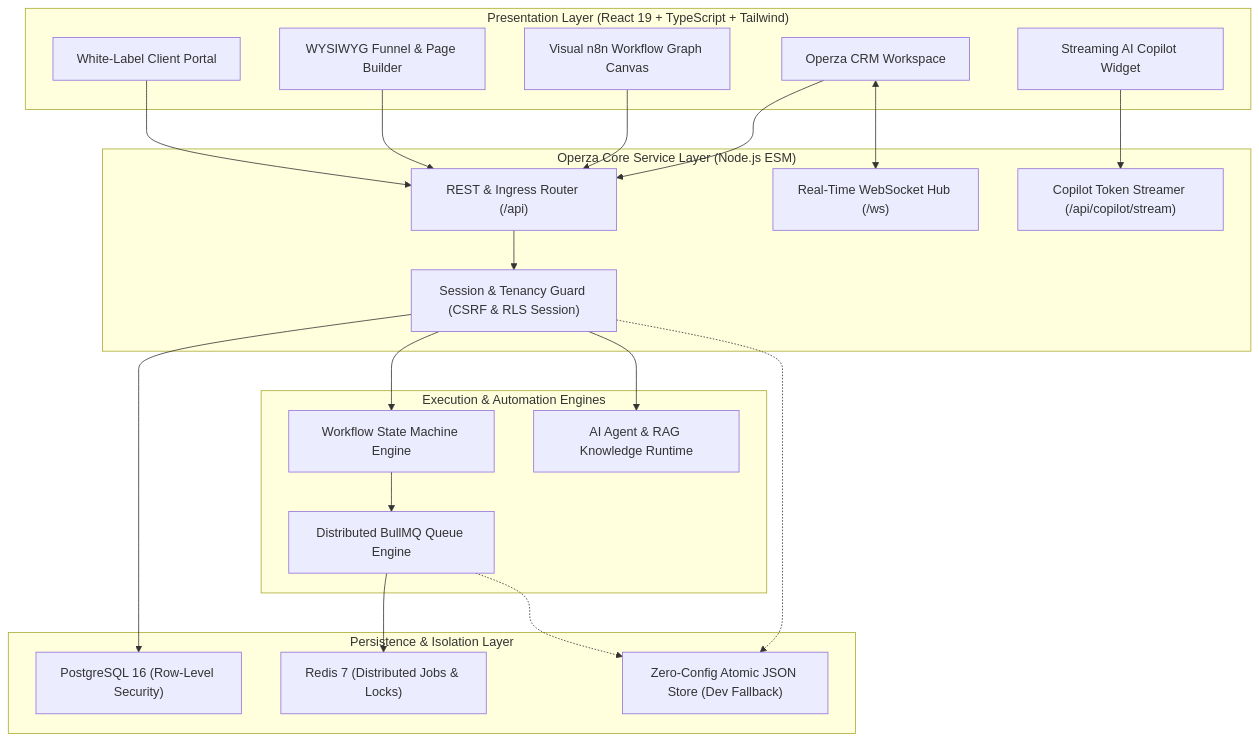
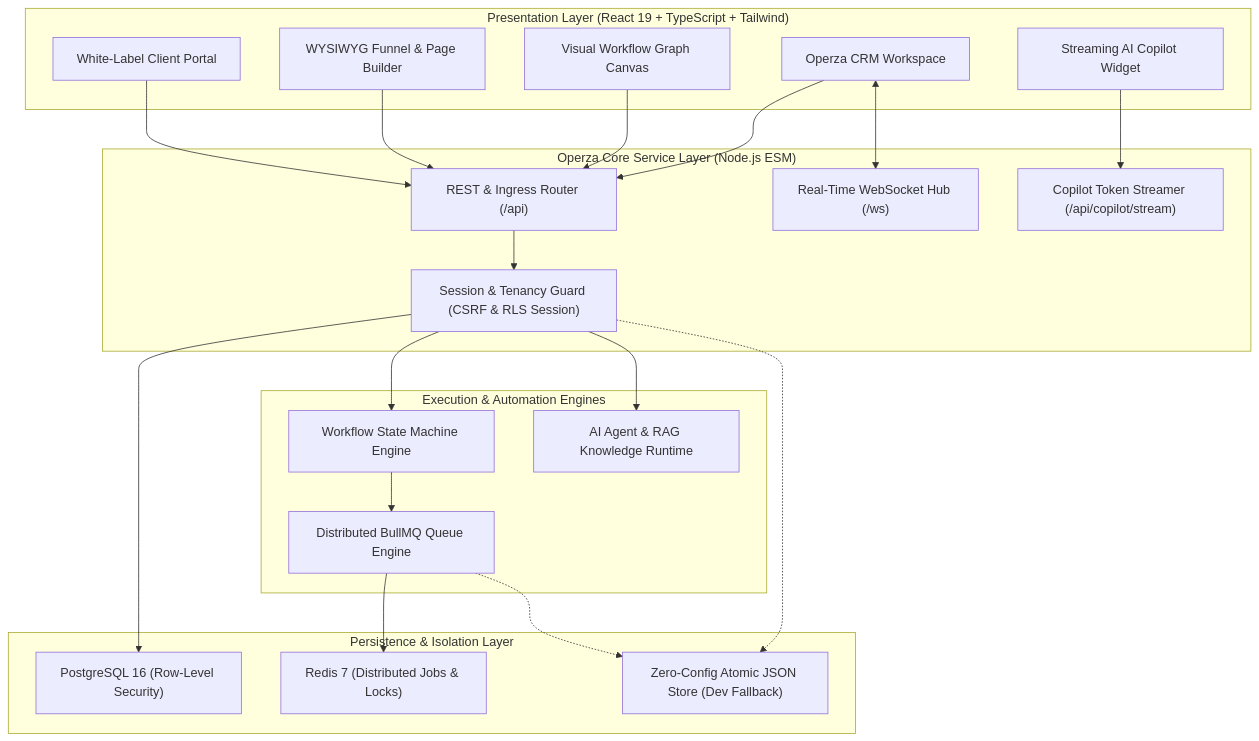
The diagram in README.md (MuhammadAsimdeveloper/operza-growth), drawn with Mermaid before and after one commit. The commit also changed other lines of this file and 16 other files, not shown here.

Commit message:
feat(architecture): sanitize third-party references, enrich subsystem documentation with architectural comments, and verify compliance via egm audit

````diff
--- a/README.md
+++ b/README.md
@@ -41,46 +41,46 @@
 ```mermaid
 flowchart TD
     subgraph Clients["Presentation Layer (React 19 + TypeScript + Tailwind)"]
         UI["Operza CRM Workspace"]
-        Canvas["Visual n8n Workflow Graph Canvas"]
+        Canvas["Visual Workflow Graph Canvas"]
         Builder["WYSIWYG Funnel & Page Builder"]
         CopilotWidget["Streaming AI Copilot Widget"]
         Portal["White-Label Client Portal"]
     end
 
     subgraph API["Operza Core Service Layer (Node.js ESM)"]
         Router["REST & Ingress Router (/api)"]
         WSHub["Real-Time WebSocket Hub (/ws)"]
         SSEStream["Copilot Token Streamer (/api/copilot/stream)"]
         AuthRLS["Session & Tenancy Guard (CSRF & RLS Session)"]
     end
 
     subgraph Engines["Execution & Automation Engines"]
         WFEngine["Workflow State Machine Engine"]
         BullQueue["Distributed BullMQ Queue Engine"]
         AICore["AI Agent & RAG Knowledge Runtime"]
     end
 
     subgraph Storage["Persistence & Isolation Layer"]
         PG["PostgreSQL 16 (Row-Level Security)"]
         Redis["Redis 7 (Distributed Jobs & Locks)"]
         JSONStore["Zero-Config Atomic JSON Store (Dev Fallback)"]
     end
 
     UI --> Router
     Canvas --> Router
     Builder --> Router
     CopilotWidget --> SSEStream
     UI <--> WSHub
     Portal --> Router
 
     Router --> AuthRLS
     AuthRLS --> WFEngine
     AuthRLS --> AICore
     WFEngine --> BullQueue
 
     AuthRLS --> PG
     AuthRLS -.-> JSONStore
     BullQueue --> Redis
     BullQueue -.-> JSONStore
 ```
````
